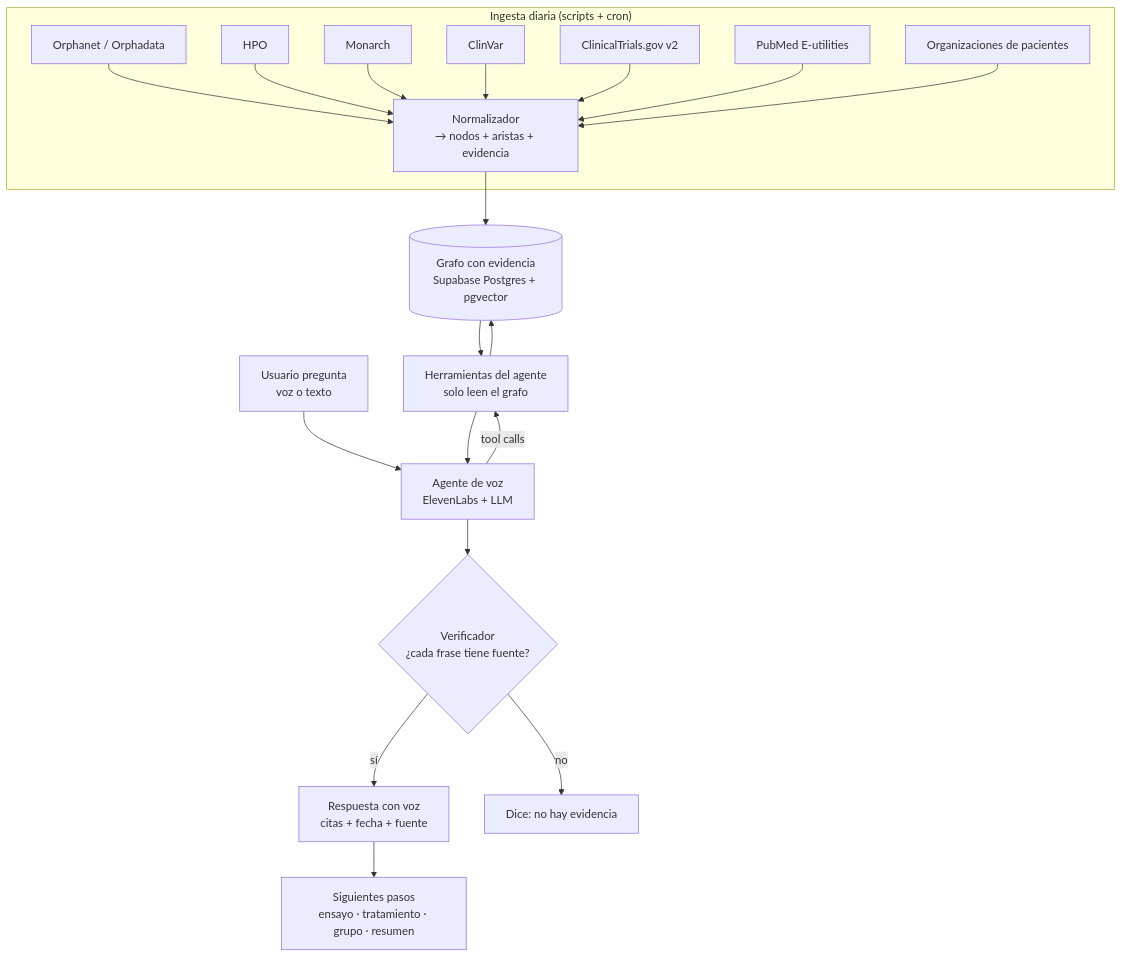
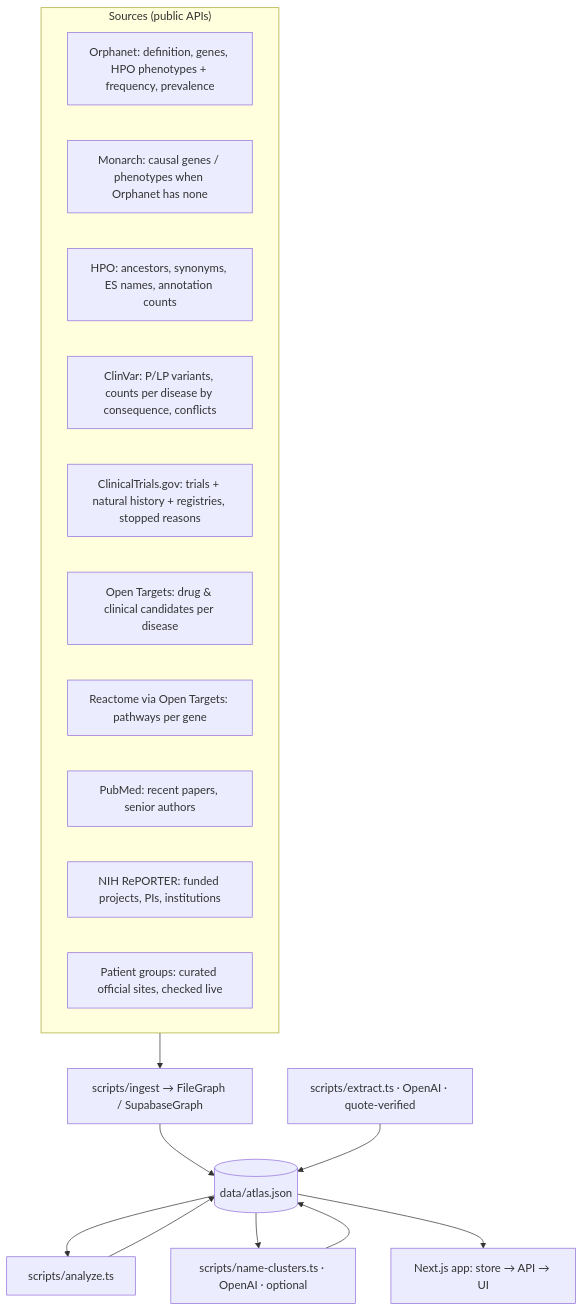
Before and after one commit to perdomoangelrangel-tech/7th-Hack-Nation-Global-AI-Hackathon-proyect: the first of 2 diagrams in docs/ARCHITECTURE.md, drawn with Mermaid. The commit also changed other lines of this file and 59 other files, not shown here.

First line of the commit message:
Evidence graph, mechanism clusters and voice-narrated atlas

````diff
--- a/docs/ARCHITECTURE.md
+++ b/docs/ARCHITECTURE.md
@@ -21,25 +7,23 @@
 ```mermaid
-flowchart TB
-  subgraph INGESTA["Ingesta diaria (scripts + cron)"]
-    S1[Orphanet / Orphadata] --> N
-    S2[HPO] --> N
-    S3[Monarch] --> N
-    S4[ClinVar] --> N
-    S5[ClinicalTrials.gov v2] --> N
-    S6[PubMed E-utilities] --> N
-    S7[Organizaciones de pacientes] --> N
-    N[Normalizador\n→ nodos + aristas + evidencia]
+flowchart TD
+  subgraph S["Sources (public APIs)"]
+    O[Orphanet: definition, genes, HPO phenotypes + frequency, prevalence]
+    MO[Monarch: causal genes / phenotypes when Orphanet has none]
+    H[HPO: ancestors, synonyms, ES names, annotation counts]
+    CV[ClinVar: P/LP variants, counts per disease by consequence, conflicts]
+    CT[ClinicalTrials.gov: trials + natural history + registries, stopped reasons]
+    OT[Open Targets: drug & clinical candidates per disease]
+    RE[Reactome via Open Targets: pathways per gene]
+    PM[PubMed: recent papers, senior authors]
+    NI[NIH RePORTER: funded projects, PIs, institutions]
+    PG[Patient groups: curated official sites, checked live]
   end
-
-  N --> G[(Grafo con evidencia\nSupabase Postgres + pgvector)]
-
-  U[Usuario pregunta\nvoz o texto] --> A[Agente de voz\nElevenLabs + LLM]
-  A -->|tool calls| T[Herramientas del agente\nsolo leen el grafo]
-  T --> G
-  G --> T
-  T --> A
-  A --> V{Verificador\n¿cada frase tiene fuente?}
-  V -->|sí| R[Respuesta con voz\ncitas + fecha + fuente]
-  V -->|no| NE[Dice: no hay evidencia]
-  R --> NX[Siguientes pasos\nensayo · tratamiento · grupo · resumen]
+  S --> I[scripts/ingest → FileGraph / SupabaseGraph]
+  I --> J[(data/atlas.json)]
+  X[scripts/extract.ts · OpenAI · quote-verified] --> J
+  J --> A[scripts/analyze.ts]
+  A --> J
+  J --> N[scripts/name-clusters.ts · OpenAI · optional]
+  N --> J
+  J --> APP[Next.js app: store → API → UI]
 ```
````
